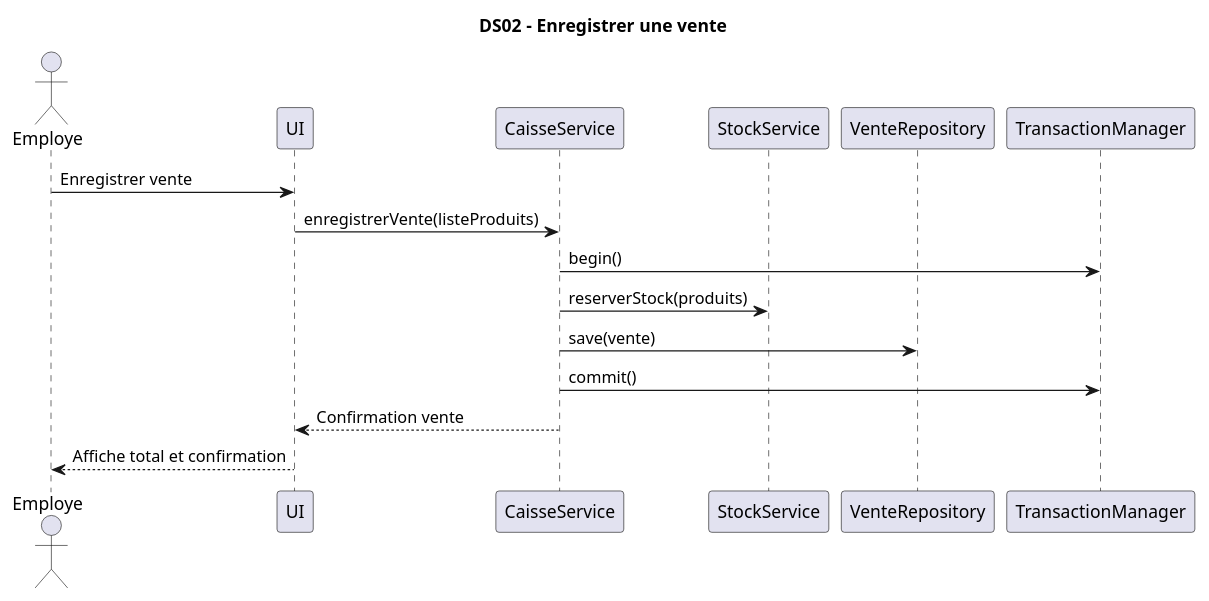
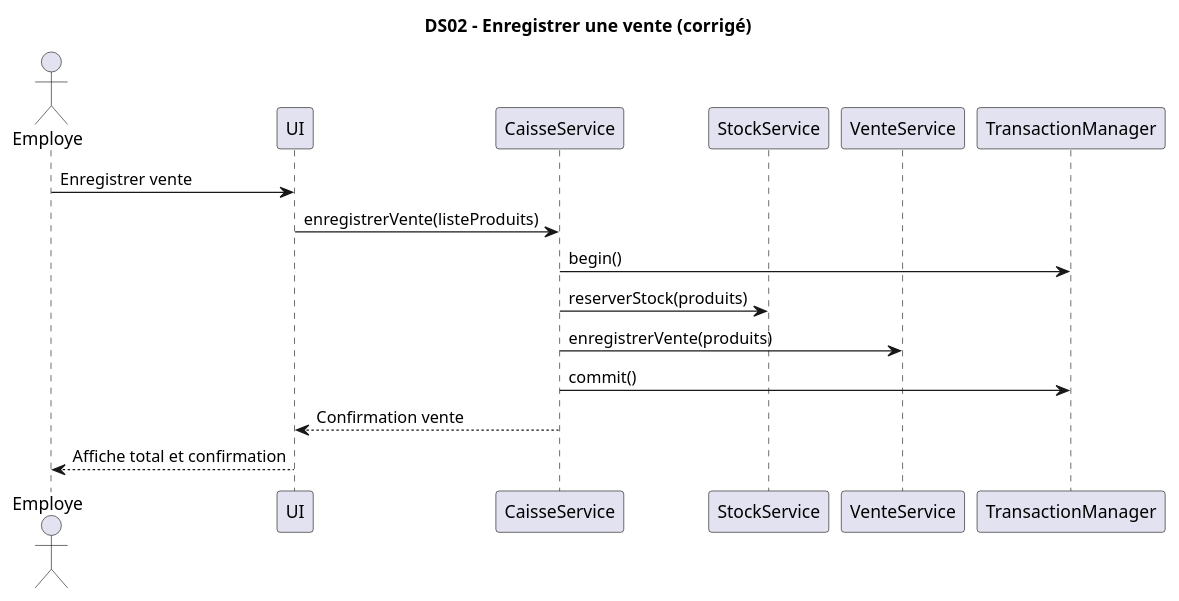
Before and after one commit to NathanGasseau/LOG430-01-Labo-02: the diagram in docs/UML/DiagrammesDeSequence/DS02-EnregistrerVente.puml, drawn with PlantUML. The commit also changed 34 other files, not shown here.

```diff
--- a/docs/UML/DiagrammesDeSequence/DS02-EnregistrerVente.puml
+++ b/docs/UML/DiagrammesDeSequence/DS02-EnregistrerVente.puml
@@ -1,19 +1,19 @@
 @startuml
-title DS02 – Enregistrer une vente
+title DS02 – Enregistrer une vente (corrigé)
 
 actor Employe
 participant UI
 participant CaisseService
 participant StockService
-participant VenteRepository
+participant VenteService
 participant TransactionManager
 
 Employe -> UI : Enregistrer vente
 UI -> CaisseService : enregistrerVente(listeProduits)
 CaisseService -> TransactionManager : begin()
 CaisseService -> StockService : reserverStock(produits)
-CaisseService -> VenteRepository : save(vente)
+CaisseService -> VenteService : enregistrerVente(produits)
 CaisseService -> TransactionManager : commit()
 CaisseService --> UI : Confirmation vente
 UI --> Employe : Affiche total et confirmation
 @enduml
```
